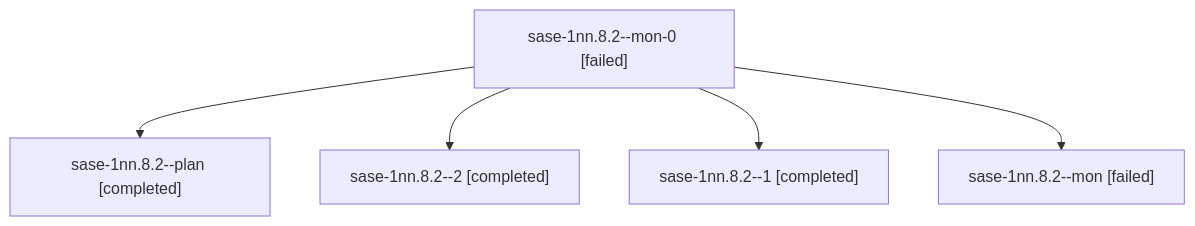
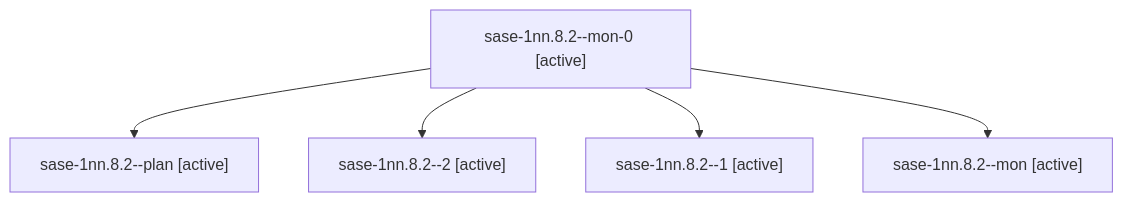
One commit to sase-org/sase--agents changed the diagram in sessions/bbugyi200.athena.sase-1nn.8.2.md. Above: the diagram before and after it, drawn with Mermaid. The commit also changed other lines of this file and 144 other files, not shown here.

````diff
--- a/sessions/bbugyi200.athena.sase-1nn.8.2.md
+++ b/sessions/bbugyi200.athena.sase-1nn.8.2.md
@@ -9,12 +9,12 @@
 ```mermaid
 flowchart TD
-  n0["sase-1nn.8.2--mon-0 [failed]"]
-  n1["sase-1nn.8.2--plan [completed]"]
+  n0["sase-1nn.8.2--mon-0 [active]"]
+  n1["sase-1nn.8.2--plan [active]"]
   n0 --> n1
-  n2["sase-1nn.8.2--2 [completed]"]
+  n2["sase-1nn.8.2--2 [active]"]
   n0 --> n2
-  n3["sase-1nn.8.2--1 [completed]"]
+  n3["sase-1nn.8.2--1 [active]"]
   n0 --> n3
-  n4["sase-1nn.8.2--mon [failed]"]
+  n4["sase-1nn.8.2--mon [active]"]
   n0 --> n4
 ```
````
